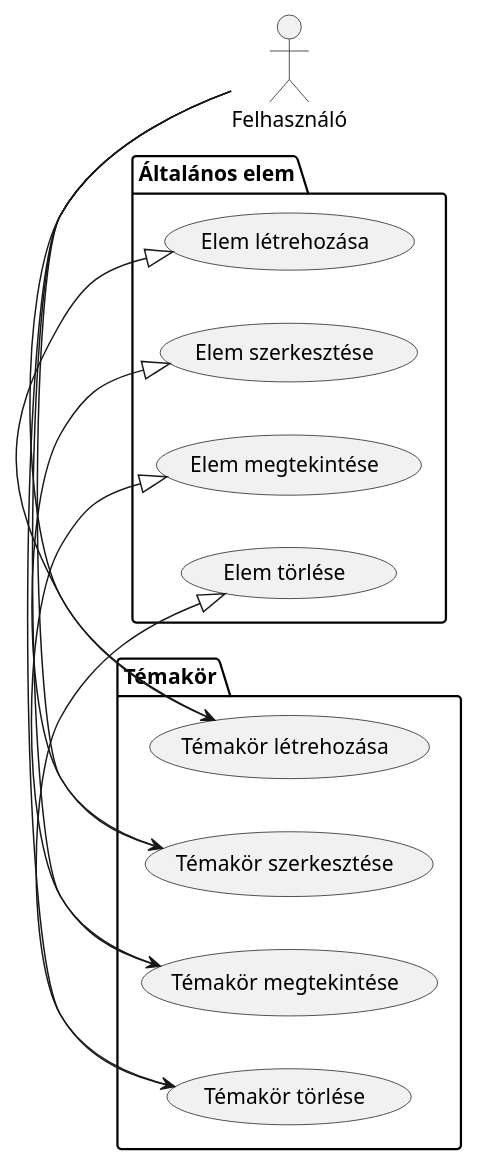
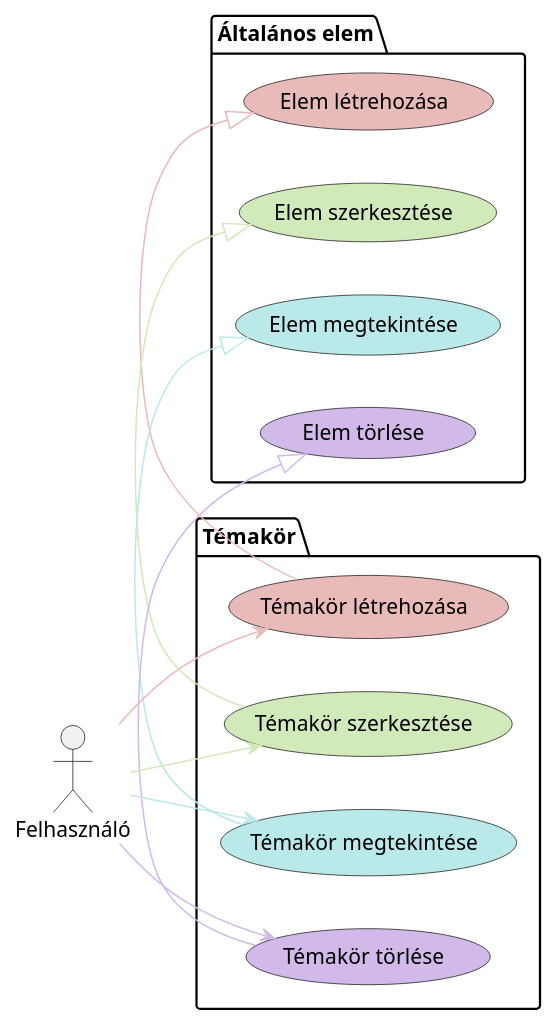
Before and after one commit to LaciProg/Szakdolgozat: the diagram in DiplomatervSablon_LaTeX_v1/figures/plantuml/usecase/topic.puml, drawn with PlantUML. The commit also changed 32 other files, not shown here.

```diff
--- a/DiplomatervSablon_LaTeX_v1/figures/plantuml/usecase/topic.puml
+++ b/DiplomatervSablon_LaTeX_v1/figures/plantuml/usecase/topic.puml
@@ -1,31 +1,31 @@
 @startuml Topic Diagram
 
 left to right direction
 
 actor Felhasználó
 
 package "Általános elem" {
-    usecase "Elem létrehozása" as CreateElement
-    usecase "Elem szerkesztése" as EditElement
-    usecase "Elem megtekintése" as ViewElement
-    usecase "Elem törlése" as DeleteElement
+    usecase "Elem létrehozása" as CreateElement #E9BABA
+    usecase "Elem szerkesztése" as EditElement #D2E9BA
+    usecase "Elem megtekintése" as ViewElement #BAE9E9
+    usecase "Elem törlése" as DeleteElement #D1BAE9
 }
 
 package "Témakör" {
-    usecase "Témakör létrehozása" as CreateTopic
-    usecase "Témakör szerkesztése" as EditTopic
-    usecase "Témakör megtekintése" as ViewTopic
-    usecase "Témakör törlése" as DeleteTopic
+    usecase "Témakör létrehozása" as CreateTopic #E9BABA
+    usecase "Témakör szerkesztése" as EditTopic #D2E9BA
+    usecase "Témakör megtekintése" as ViewTopic #BAE9E9
+    usecase "Témakör törlése" as DeleteTopic #D1BAE9
 
-    CreateTopic -|> CreateElement
-    EditTopic -|> EditElement
-    ViewTopic -|> ViewElement
-    DeleteTopic -|> DeleteElement
+    CreateTopic -[#E9BABA]|> CreateElement
+    EditTopic -[#D2E9BA]|> EditElement
+    ViewTopic -[#BAE9E9]|> ViewElement
+    DeleteTopic -[#D1BAE9]|> DeleteElement
 }
 
-Felhasználó -> CreateTopic
-Felhasználó -> EditTopic
-Felhasználó -> ViewTopic
-Felhasználó -> DeleteTopic
+Felhasználó -[#E9BABA]-> CreateTopic
+Felhasználó -[#D2E9BA]-> EditTopic
+Felhasználó -[#BAE9E9]-> ViewTopic
+Felhasználó -[#D1BAE9]-> DeleteTopic
 
 @enduml
```
